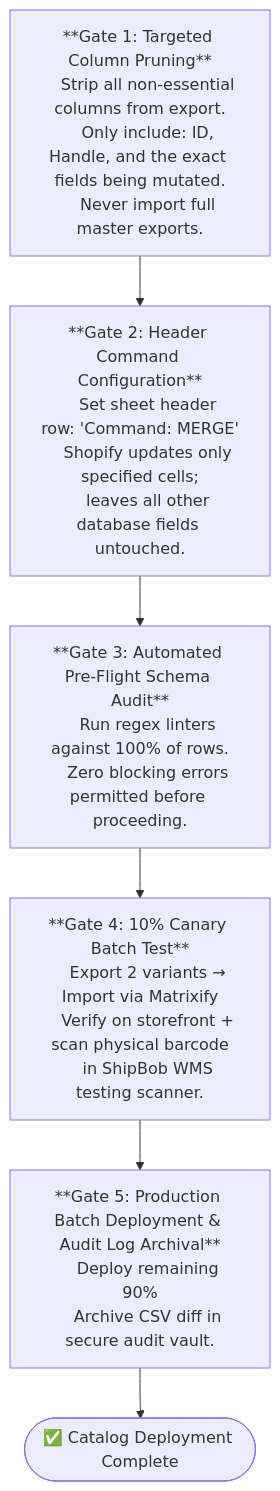
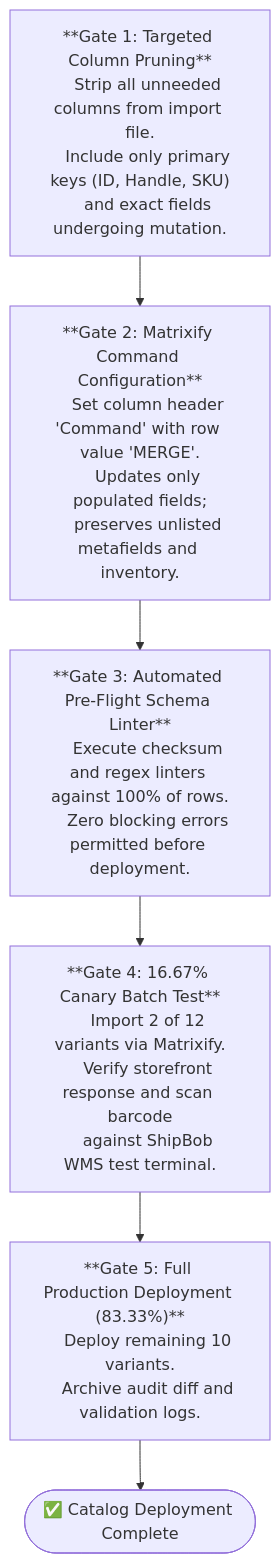
One commit to riovicsusas/portfolio changed the second of 2 diagrams in master-dossiers/MasterDossier-Domain3-BulkCatalogSchemaGovernance.md. Above: the diagram before and after it, drawn with Mermaid. The commit also changed other lines of this file and 14 other files, not shown here.

````diff
--- a/master-dossiers/MasterDossier-Domain3-BulkCatalogSchemaGovernance.md
+++ b/master-dossiers/MasterDossier-Domain3-BulkCatalogSchemaGovernance.md
@@ -110,27 +110,27 @@
 ```mermaid
 flowchart TD
     G1["**Gate 1: Targeted Column Pruning**
-    Strip all non-essential columns from export.
-    Only include: ID, Handle, and the exact fields being mutated.
-    Never import full master exports."] --> G2
+    Strip all unneeded columns from import file.
+    Include only primary keys (ID, Handle, SKU)
+    and exact fields undergoing mutation."] --> G2
 
-    G2["**Gate 2: Header Command Configuration**
-    Set sheet header row: 'Command: MERGE'
-    Shopify updates only specified cells;
-    leaves all other database fields untouched."] --> G3
+    G2["**Gate 2: Matrixify Command Configuration**
+    Set column header 'Command' with row value 'MERGE'.
+    Updates only populated fields;
+    preserves unlisted metafields and inventory."] --> G3
 
-    G3["**Gate 3: Automated Pre-Flight Schema Audit**
-    Run regex linters against 100% of rows.
-    Zero blocking errors permitted before proceeding."] --> G4
+    G3["**Gate 3: Automated Pre-Flight Schema Linter**
+    Execute checksum and regex linters against 100% of rows.
+    Zero blocking errors permitted before deployment."] --> G4
 
-    G4["**Gate 4: 10% Canary Batch Test**
-    Export 2 variants → Import via Matrixify
-    Verify on storefront + scan physical barcode
-    in ShipBob WMS testing scanner."] --> G5
+    G4["**Gate 4: 16.67% Canary Batch Test**
+    Import 2 of 12 variants via Matrixify.
+    Verify storefront response and scan barcode
+    against ShipBob WMS test terminal."] --> G5
 
-    G5["**Gate 5: Production Batch Deployment & Audit Log Archival**
-    Deploy remaining 90%
-    Archive CSV diff in secure audit vault."]
+    G5["**Gate 5: Full Production Deployment (83.33%)**
+    Deploy remaining 10 variants.
+    Archive audit diff and validation logs."]
 
     G5 --> Done(["✅ Catalog Deployment Complete"])
 ```
````
